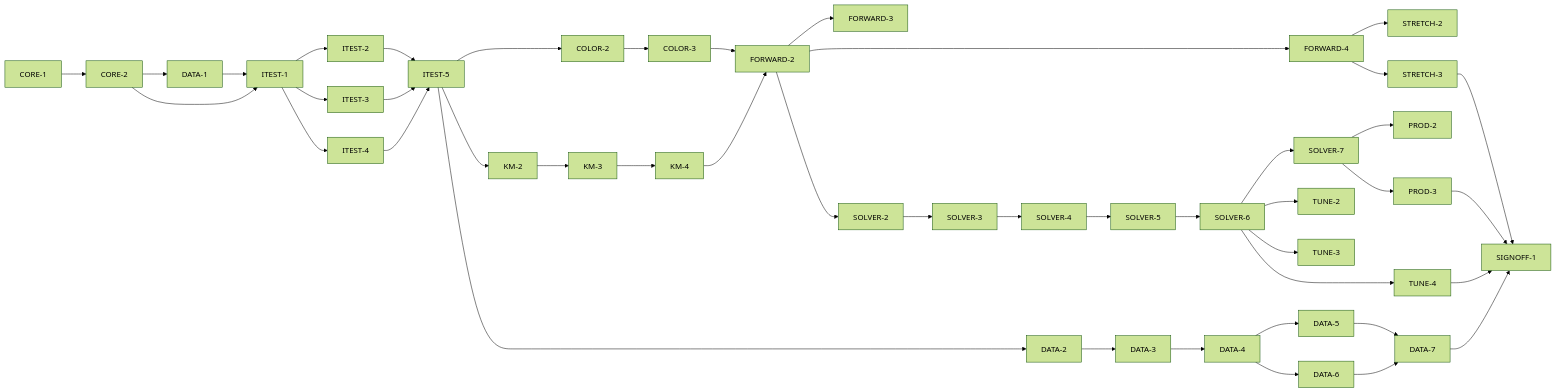
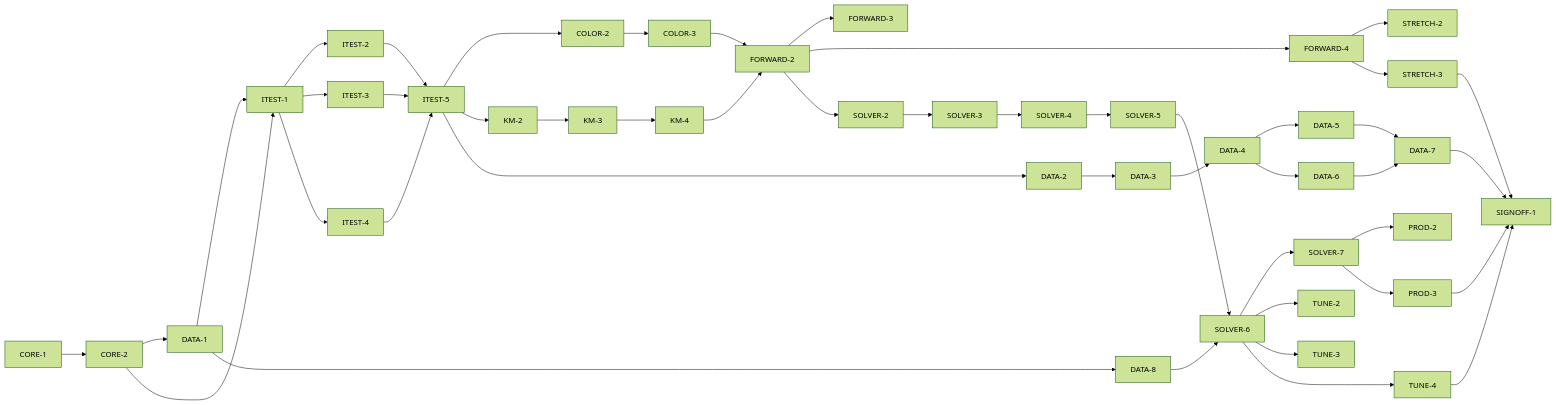
One commit to meatsquirk/pigment-km changed the diagram in specs/pigment-km-engine/MASTER_PLAN_FOR_FEATURE.md. Above: the diagram before and after it, drawn with Mermaid (forest theme). The commit also changed other lines of this file and 1 other file, not shown here.

````diff
--- a/specs/pigment-km-engine/MASTER_PLAN_FOR_FEATURE.md
+++ b/specs/pigment-km-engine/MASTER_PLAN_FOR_FEATURE.md
@@ -174,17 +175,18 @@
 ```mermaid
 graph LR
   CORE-1 --> CORE-2 --> DATA-1
   CORE-2 --> ITEST-1
   DATA-1 --> ITEST-1
   ITEST-1 --> ITEST-2 & ITEST-3 & ITEST-4 --> ITEST-5
   ITEST-5 --> COLOR-2 & KM-2 & DATA-2
   COLOR-2 --> COLOR-3
   KM-2 --> KM-3 --> KM-4
   COLOR-3 & KM-4 --> FORWARD-2 --> FORWARD-3 & FORWARD-4
   DATA-2 --> DATA-3 --> DATA-4 --> DATA-5 & DATA-6 --> DATA-7
+  DATA-1 --> DATA-8 --> SOLVER-6
   FORWARD-2 --> SOLVER-2 --> SOLVER-3 --> SOLVER-4 --> SOLVER-5 --> SOLVER-6 --> SOLVER-7
   SOLVER-6 --> TUNE-2 & TUNE-3 & TUNE-4
   SOLVER-7 --> PROD-2 & PROD-3
   FORWARD-4 --> STRETCH-2 & STRETCH-3
   PROD-3 & TUNE-4 & DATA-7 & STRETCH-3 --> SIGNOFF-1
 ```
````
